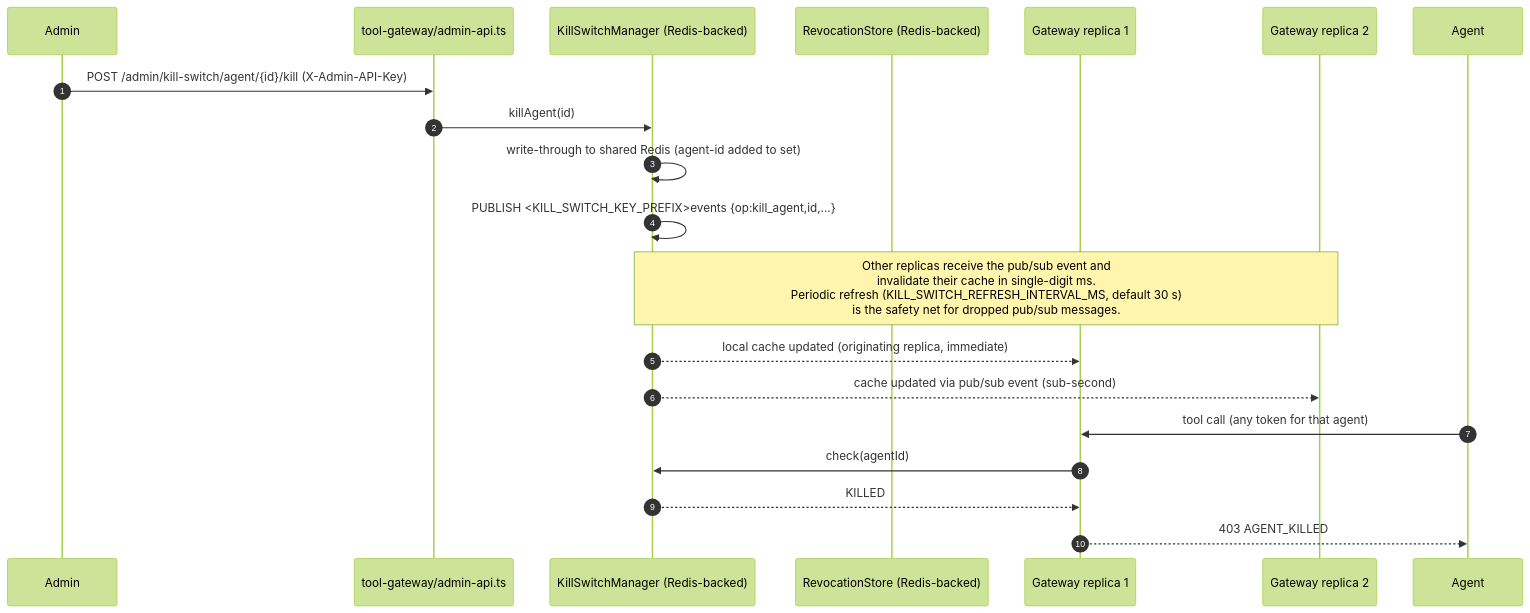
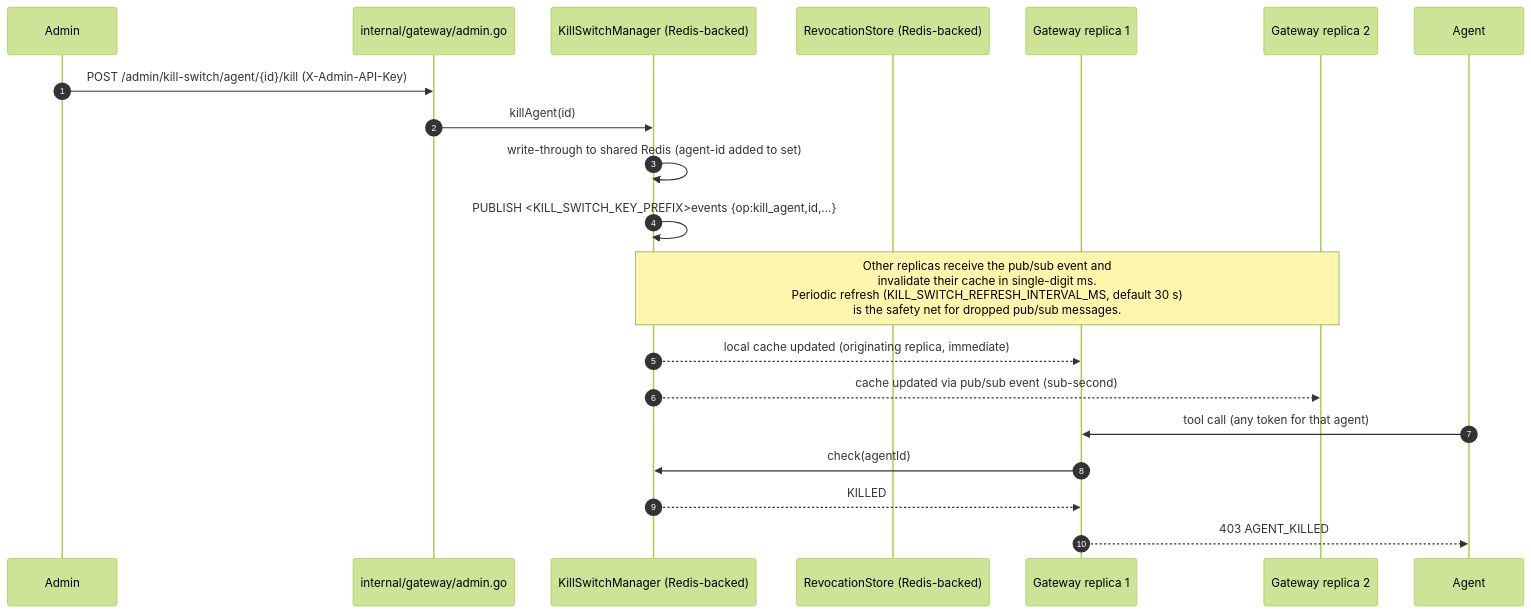
One commit to eunolabs/eunox changed diagram 12 of 14 in docs/ARCHITECTURE.md. Above: the diagram before and after it, drawn with Mermaid (forest theme). The commit also changed other lines of this file, not shown here.

Commit message:
docs: begin updating TypeScript references to Go in ARCHITECTURE.md

````diff
--- a/docs/ARCHITECTURE.md
+++ b/docs/ARCHITECTURE.md
@@ -545,23 +545,23 @@
 ```mermaid
 sequenceDiagram
     autonumber
     participant Admin
-    participant Adm as tool-gateway/admin-api.ts
+    participant Adm as internal/gateway/admin.go
     participant KS as KillSwitchManager (Redis-backed)
     participant Rev as RevocationStore (Redis-backed)
     participant GW1 as Gateway replica 1
     participant GW2 as Gateway replica 2
     participant Agent
 
     Admin->>Adm: POST /admin/kill-switch/agent/{id}/kill (X-Admin-API-Key)
     Adm->>KS: killAgent(id)
     KS->>KS: write-through to shared Redis (agent-id added to set)
     KS->>KS: PUBLISH <KILL_SWITCH_KEY_PREFIX>events {op:kill_agent,id,...}
     Note over KS,GW2: Other replicas receive the pub/sub event and<br/>invalidate their cache in single-digit ms.<br/>Periodic refresh (KILL_SWITCH_REFRESH_INTERVAL_MS, default 30 s)<br/>is the safety net for dropped pub/sub messages.
     KS-->>GW1: local cache updated (originating replica, immediate)
     KS-->>GW2: cache updated via pub/sub event (sub-second)
     Agent->>GW1: tool call (any token for that agent)
     GW1->>KS: check(agentId)
     KS-->>GW1: KILLED
     GW1-->>Agent: 403 AGENT_KILLED
 ```
````
